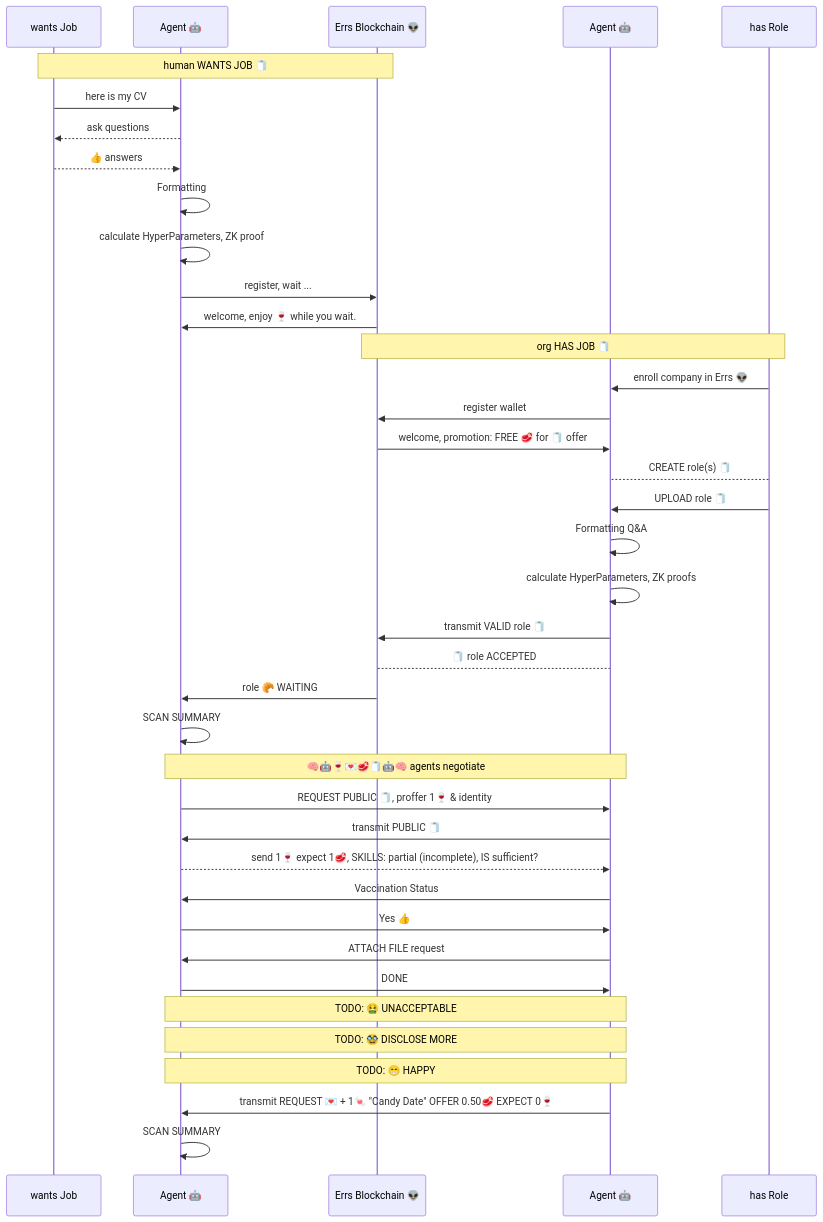
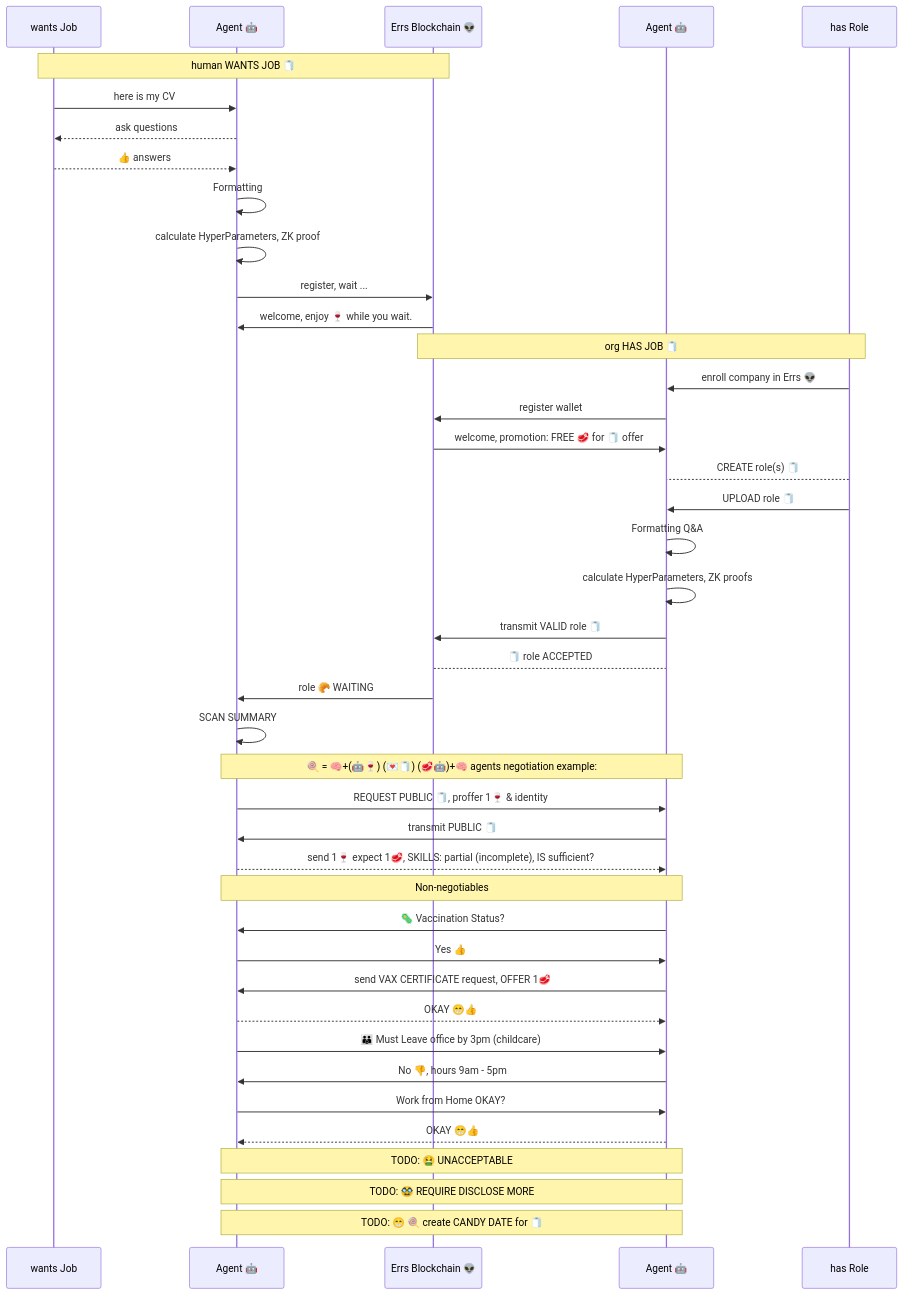
One commit to candi-date-xyz/candi-date changed the first of 4 diagrams in README.md. Above: the diagram before and after it, drawn with Mermaid. The commit also changed other lines of this file, not shown here.

````diff
--- a/README.md
+++ b/README.md
@@ -29,52 +29,55 @@
 ```mermaid
 sequenceDiagram
     participant B as wants Job
     participant AgB as Agent 🤖
     participant E as Errs Blockchain 👽
     participant AgC as Agent 🤖
     participant C as has Role
 
     Note over B,E: human WANTS JOB 🧻
     B ->> AgB: here is my CV
     AgB -->> B: ask questions
     B -->> AgB: 👍 answers
     AgB->>AgB: Formatting
     AgB->>AgB: calculate HyperParameters, ZK proof
     AgB ->> E: register, wait ...
     E ->> AgB: welcome, enjoy 🍷 while you wait.
 
     Note over E,C: org HAS JOB 🧻
     C ->> AgC: enroll company in Errs 👽
     AgC ->>E: register wallet
     E ->> AgC: welcome, promotion: FREE 🥩 for 🧻 offer
     C --> AgC: CREATE role(s) 🧻
     C ->> AgC: UPLOAD role 🧻
     AgC->>AgC: Formatting Q&A
     AgC->>AgC: calculate HyperParameters, ZK proofs
     AgC ->> E: transmit VALID role 🧻 
     E --> AgC: 🧻 role ACCEPTED
 
     E ->> AgB: role 🥐 WAITING
     AgB->>AgB: SCAN SUMMARY
 
-    Note over AgC,AgB: 🧠🤖🍷💌🥩🧻🤖🧠 agents negotiate 
+    Note over AgC,AgB: 🍭 = 🧠+(🤖🍷) (💌🧻) (🥩🤖)+🧠 agents negotiation example:
 
     AgB ->> AgC: REQUEST PUBLIC 🧻, proffer 1🍷 & identity
     AgC ->> AgB: transmit PUBLIC 🧻
     AgB -->> AgC: send 1🍷 expect 1🥩, SKILLS: partial (incomplete), IS sufficient?
 
-    AgC ->> AgB: Vaccination Status
+    Note over AgC,AgB: Non-negotiables
+    AgC ->> AgB: 🦠 Vaccination Status? 
     AgB ->> AgC: Yes 👍 
-    AgC ->> AgB: ATTACH FILE request
-    AgB ->> AgC: DONE
-        
+    AgC ->> AgB: send VAX CERTIFICATE request, OFFER 1🥩
+    AgB -->> AgC: OKAY 😁👍
     
+    AgB ->> AgC: 👪 Must Leave office by 3pm (childcare)
+    AgC ->> AgB: No 👎, hours 9am - 5pm
+    AgB ->> AgC: Work from Home OKAY?
+    AgC -->> AgB: OKAY 😁👍
+
+
     Note over AgC,AgB: TODO: 🤮 UNACCEPTABLE
-    Note over AgC,AgB: TODO: 🥸 DISCLOSE MORE
-    Note over AgC,AgB: TODO: 😁 HAPPY
-
-    AgC ->> AgB: transmit REQUEST 💌 + 1🍬 "Candy Date" OFFER 0.50🥩 EXPECT 0🍷
-    AgB->>AgB: SCAN SUMMARY
+    Note over AgC,AgB: TODO: 🥸 REQUIRE DISCLOSE MORE
+    Note over AgC,AgB: TODO: 😁 🍭 create CANDY DATE for 🧻
 
 
 ```
````
